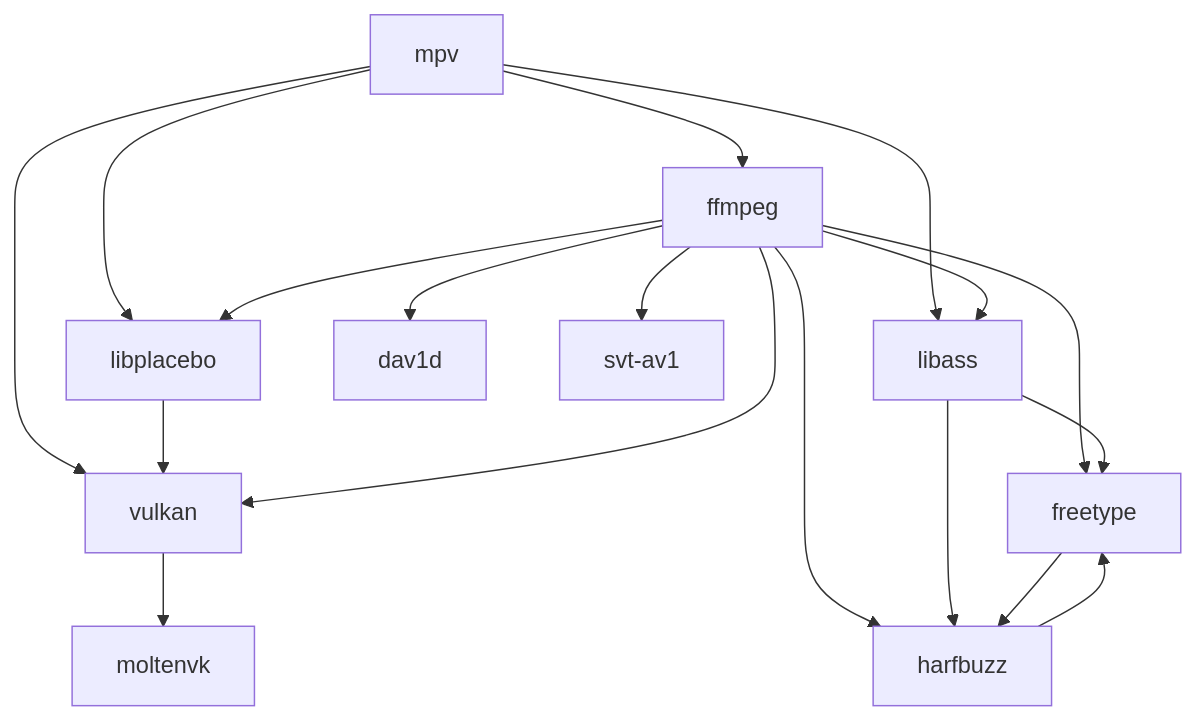
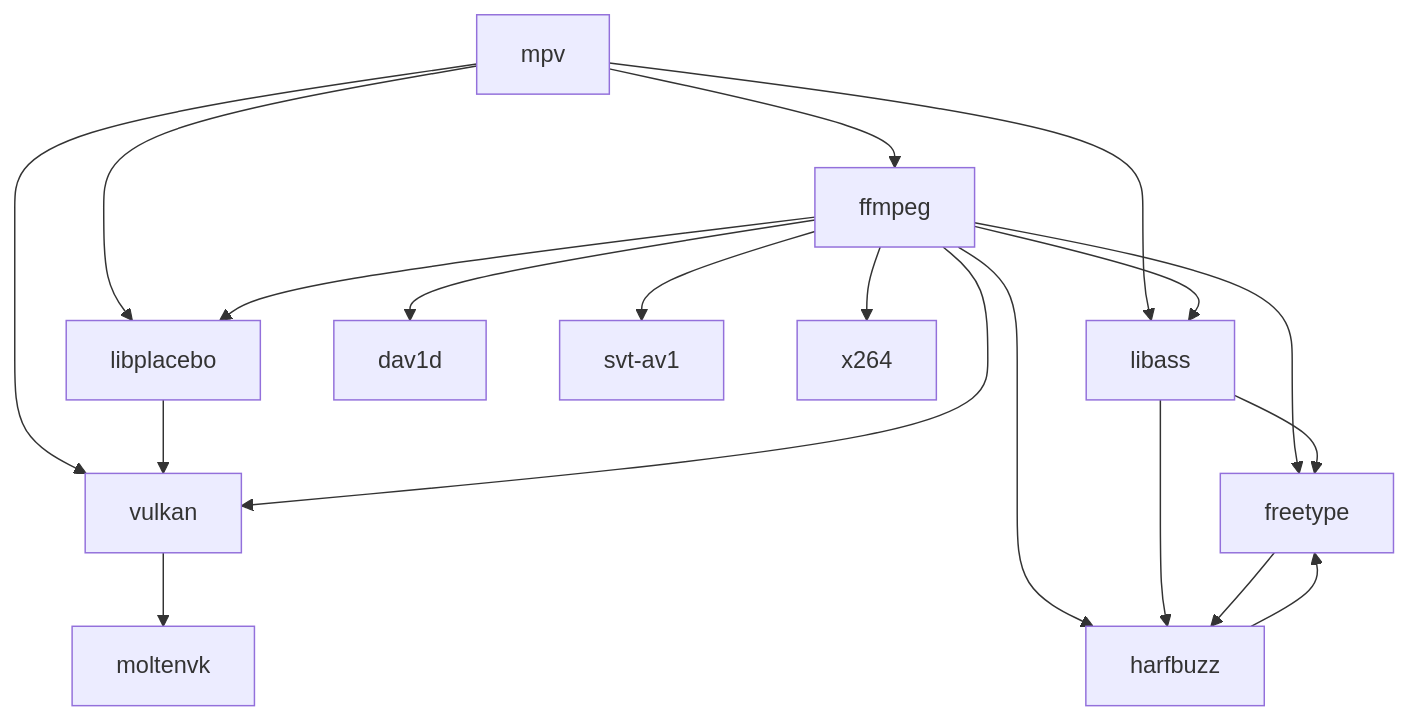
The diagram in README.md (m154k1/mpv-build-macOS), drawn with Mermaid before and after one commit. The commit also changed other lines of this file and 2 other files, not shown here.

````diff
--- a/README.md
+++ b/README.md
@@ -136,20 +143,21 @@
 ```mermaid
 graph TD;
    mpv-->ffmpeg;
    mpv-->libplacebo;
    mpv-->vulkan;
    mpv-->libass;
    libplacebo-->vulkan;
    vulkan-->moltenvk;
    ffmpeg-->libplacebo;
    ffmpeg-->vulkan;
    ffmpeg-->dav1d;
    ffmpeg-->svt-av1;
+   ffmpeg-->x264;
    ffmpeg-->libass;
    ffmpeg-->freetype;
    ffmpeg-->harfbuzz;
    libass-->freetype;
    libass-->harfbuzz;
    freetype-->harfbuzz;
    harfbuzz-->freetype;
 ```
````
